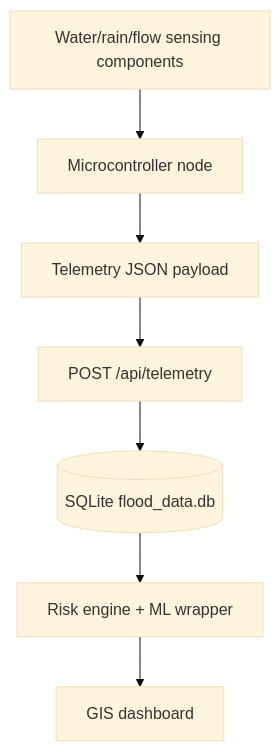
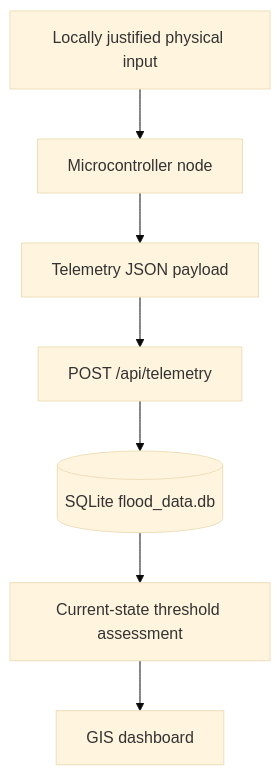
The diagram in files/docs/hardware_integration_guide.md (AjStyles20/flood-early-warning-system), drawn with Mermaid (base theme) before and after one commit. The commit also changed other lines of this file, not shown here.

````diff
--- a/files/docs/hardware_integration_guide.md
+++ b/files/docs/hardware_integration_guide.md
@@ -11,9 +11,9 @@
 ```mermaid
 flowchart TD
-    Sensors[Water/rain/flow sensing components] --> Node[Microcontroller node]
+    Sensor[Locally justified physical input] --> Node[Microcontroller node]
     Node --> JSON[Telemetry JSON payload]
     JSON --> API[POST /api/telemetry]
     API --> DB[(SQLite flood_data.db)]
-    DB --> Risk[Risk engine + ML wrapper]
+    DB --> Risk[Current-state threshold assessment]
     Risk --> Dashboard[GIS dashboard]
 ```
````
